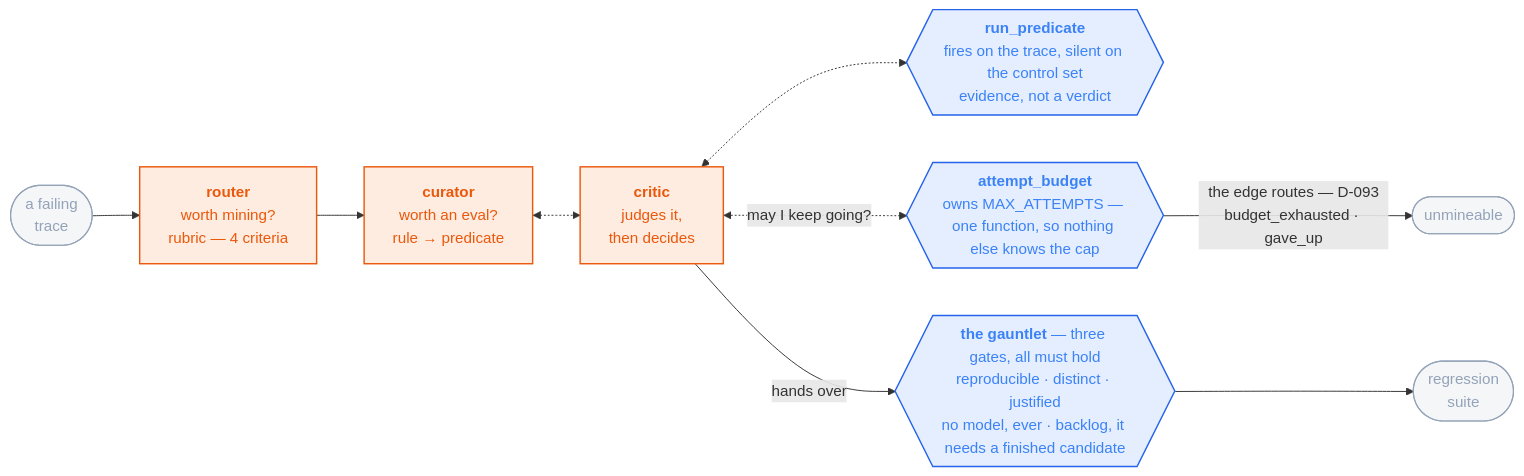
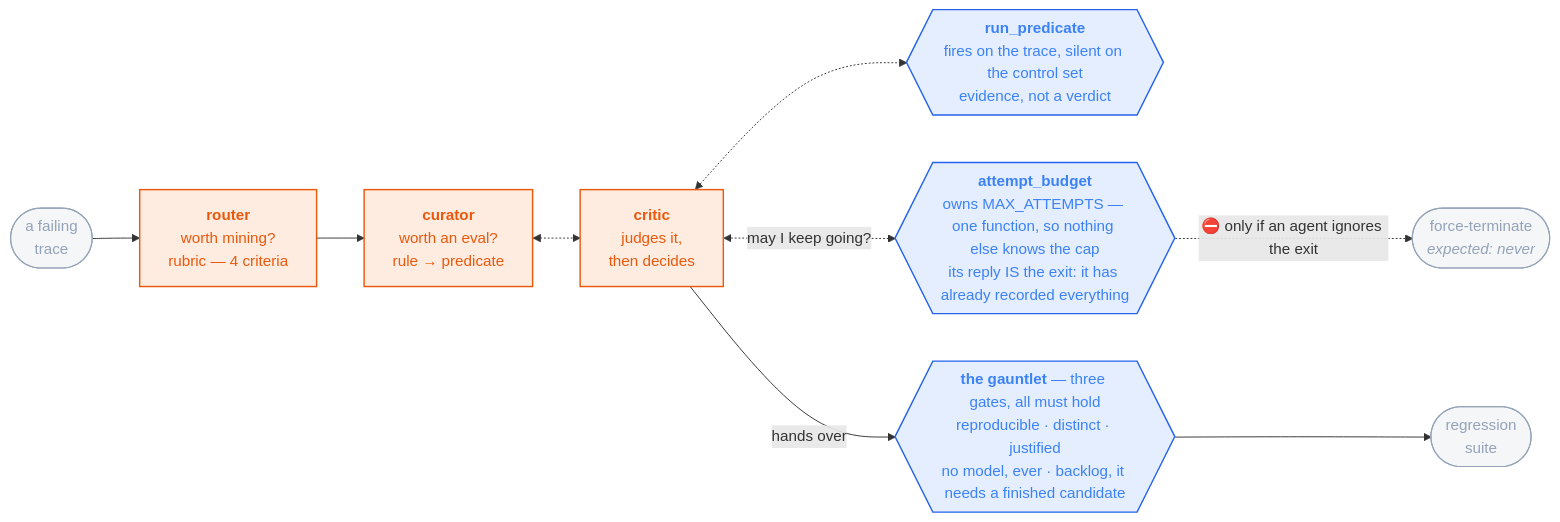
The diagram in README.md (sandeepyadav1478/touchstone), drawn with Mermaid before and after one commit. The commit also changed other lines of this file and 4 other files, not shown here.

````diff
--- a/README.md
+++ b/README.md
@@ -80,18 +80,18 @@
 ```mermaid
 flowchart LR
   T(["a failing<br/>trace"]) --> R["<b>router</b><br/>worth mining?<br/>rubric — 4 criteria"]
   R --> CU["<b>curator</b><br/>worth an eval?<br/>rule → predicate"]
   CU <-.-> CR["<b>critic</b><br/>judges it,<br/>then decides"]
   CR <-.-> RP{{"<b>run_predicate</b><br/>fires on the trace, silent on the control set<br/>evidence, not a verdict"}}
-  CR <-.->|"may I keep going?"| BUDGET{{"<b>attempt_budget</b><br/>owns MAX_ATTEMPTS — one function, so nothing else knows the cap"}}
-  BUDGET -->|"the edge routes — D-093<br/>budget_exhausted · gave_up"| U(["unmineable"])
+  CR <-.->|"may I keep going?"| BUDGET{{"<b>attempt_budget</b><br/>owns MAX_ATTEMPTS — one function, so nothing else knows the cap<br/>its reply IS the exit: it has already recorded everything"}}
+  BUDGET -.->|"⛔ only if an agent ignores the exit"| U(["force-terminate<br/><i>expected: never</i>"])
   CR -->|"hands over"| AD{{"<b>the gauntlet</b> — three gates, all must hold<br/>reproducible · distinct · justified<br/>no model, ever · backlog, it needs a finished candidate"}}
   AD --> S(["regression<br/>suite"])
 
   classDef m fill:#f9731622,stroke:#ea580c,stroke-width:1.5px,color:#ea580c
   classDef d fill:#3b82f622,stroke:#2563eb,stroke-width:1.5px,color:#3b82f6
   classDef io fill:#94a3b81a,stroke:#94a3b8,stroke-width:1.2px,color:#94a3b8
   class R,CU,CR m
   class RP,BUDGET,AD d
   class T,S,U io
 ```
````
